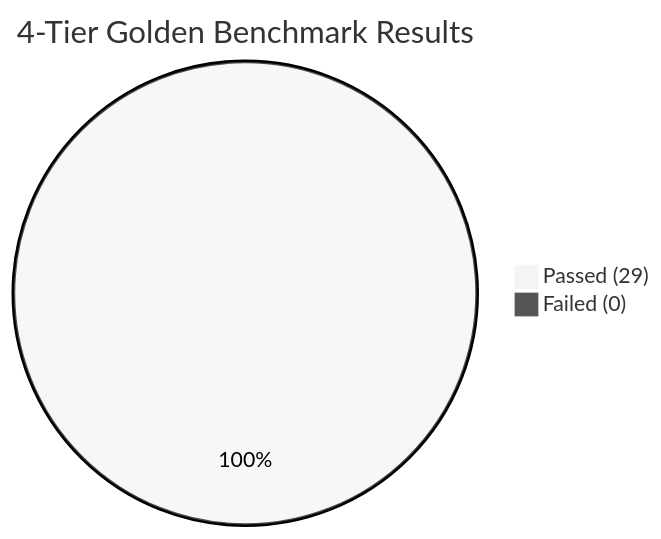
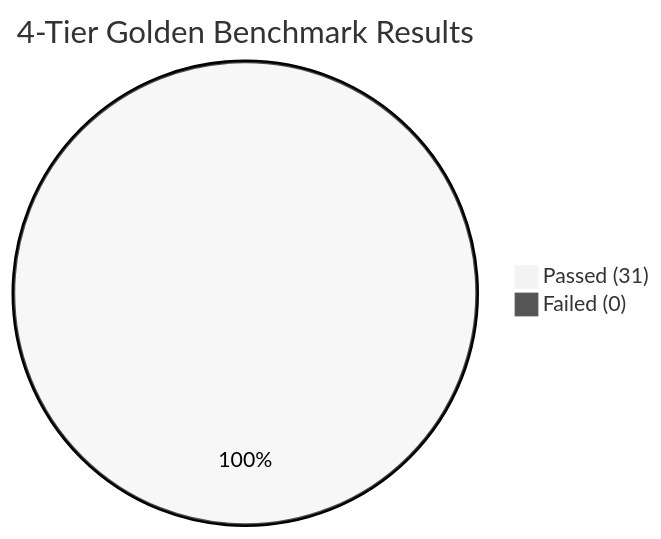
One commit to isaac30tsai/project-elevate-2026-group5 changed the diagram in eval/evaluation_report.md. Above: the diagram before and after it, drawn with Mermaid (neutral theme). The commit also changed other lines of this file and 15 other files, not shown here.

````diff
--- a/eval/evaluation_report.md
+++ b/eval/evaluation_report.md
@@ -22,5 +22,5 @@
 ```mermaid
 pie title 4-Tier Golden Benchmark Results
-    "Passed (29)" : 29
+    "Passed (31)" : 31
     "Failed (0)" : 0
 ```
````
